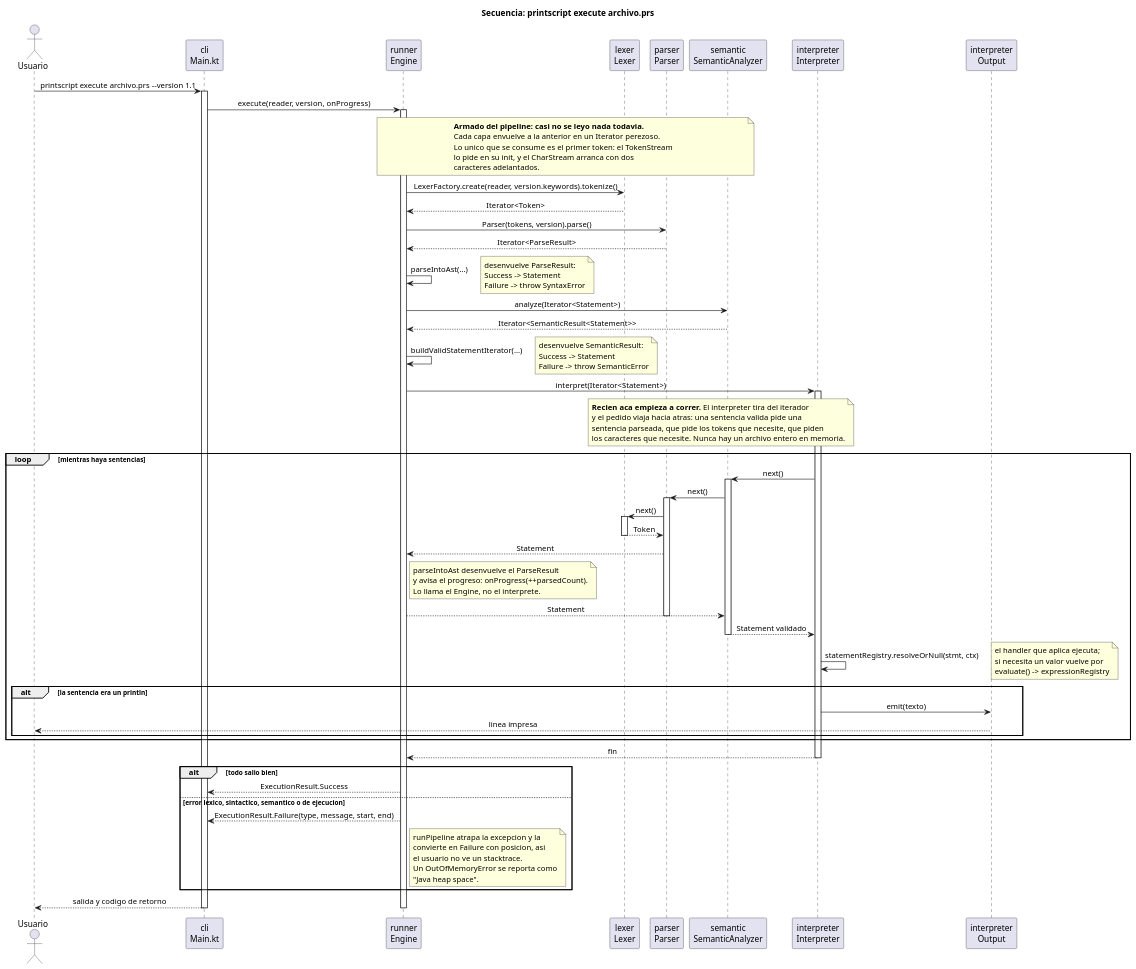
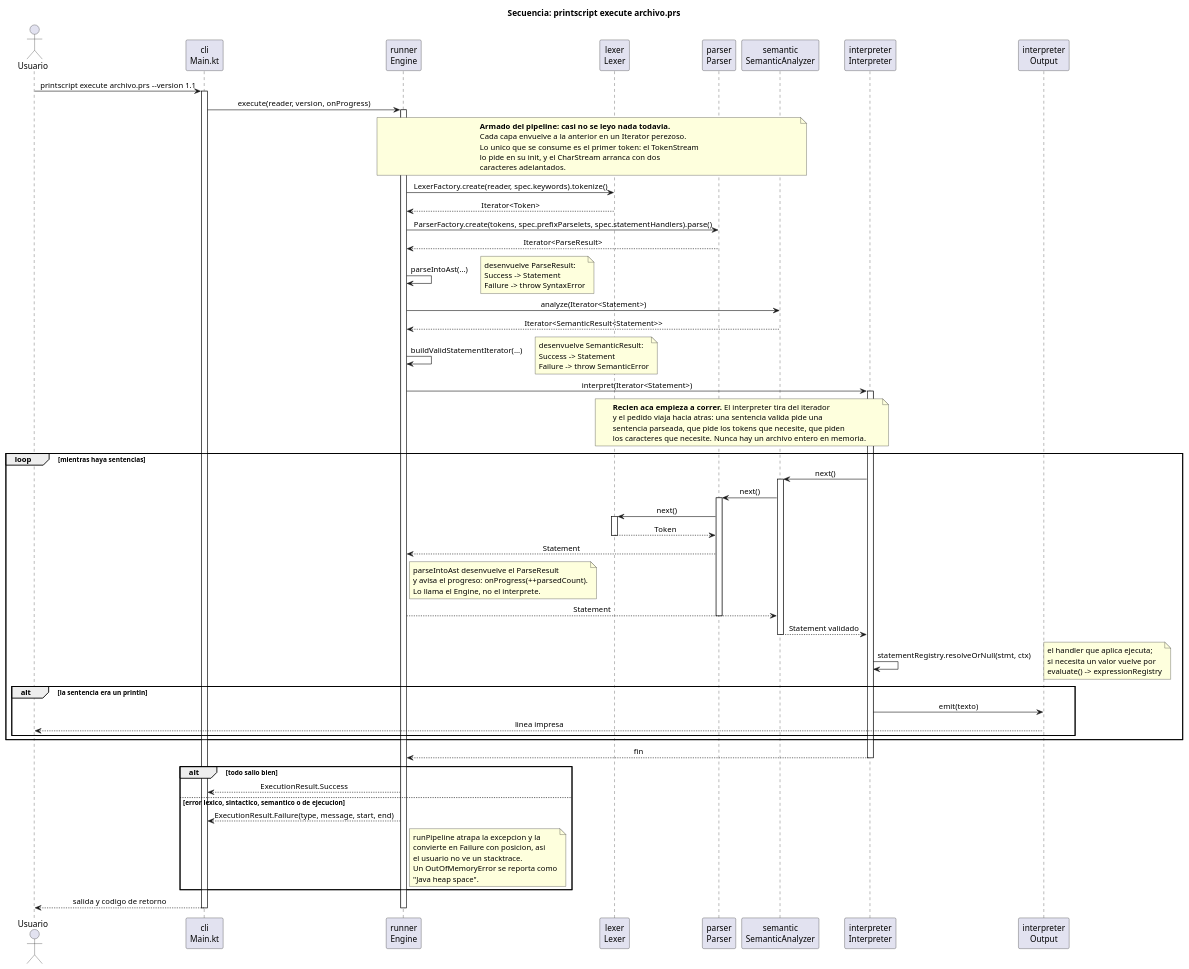
One commit to Ingsis-printscript-grupo3/printscript changed the diagram in docs/secuencia-ejecucion.puml. Above: the diagram before and after it, drawn with PlantUML. The commit also changed 26 other files, not shown here.

Commit message:
refactor:parser deja de conocer language version

```diff
--- a/docs/secuencia-ejecucion.puml
+++ b/docs/secuencia-ejecucion.puml
@@ -1,104 +1,104 @@
 @startuml PrintScript_Secuencia_Ejecucion
 
 title Secuencia: printscript execute archivo.prs
 
 skinparam sequenceMessageAlign center
 
 actor Usuario
 participant "cli\nMain.kt" as CLI
 participant "runner\nEngine" as ENGINE
 participant "lexer\nLexer" as LEXER
 participant "parser\nParser" as PARSER
 participant "semantic\nSemanticAnalyzer" as SEMANTIC
 participant "interpreter\nInterpreter" as INTERPRETER
 participant "interpreter\nOutput" as OUTPUT
 
 Usuario -> CLI : printscript execute archivo.prs --version 1.1
 activate CLI
 
 CLI -> ENGINE : execute(reader, version, onProgress)
 activate ENGINE
 
 note over ENGINE, SEMANTIC
   <b>Armado del pipeline: casi no se leyo nada todavia.</b>
   Cada capa envuelve a la anterior en un Iterator perezoso.
   Lo unico que se consume es el primer token: el TokenStream
   lo pide en su init, y el CharStream arranca con dos
   caracteres adelantados.
 end note
 
-ENGINE -> LEXER : LexerFactory.create(reader, version.keywords).tokenize()
+ENGINE -> LEXER : LexerFactory.create(reader, spec.keywords).tokenize()
 LEXER --> ENGINE : Iterator<Token>
 
-ENGINE -> PARSER : Parser(tokens, version).parse()
+ENGINE -> PARSER : ParserFactory.create(tokens, spec.prefixParselets, spec.statementHandlers).parse()
 PARSER --> ENGINE : Iterator<ParseResult>
 
 ENGINE -> ENGINE : parseIntoAst(...)
 note right: desenvuelve ParseResult:\nSuccess -> Statement\nFailure -> throw SyntaxError
 
 ENGINE -> SEMANTIC : analyze(Iterator<Statement>)
 SEMANTIC --> ENGINE : Iterator<SemanticResult<Statement>>
 
 ENGINE -> ENGINE : buildValidStatementIterator(...)
 note right: desenvuelve SemanticResult:\nSuccess -> Statement\nFailure -> throw SemanticError
 
 ENGINE -> INTERPRETER : interpret(Iterator<Statement>)
 activate INTERPRETER
 
 note over LEXER, INTERPRETER
   <b>Recien aca empieza a correr.</b> El interpreter tira del iterador
   y el pedido viaja hacia atras: una sentencia valida pide una
   sentencia parseada, que pide los tokens que necesite, que piden
   los caracteres que necesite. Nunca hay un archivo entero en memoria.
 end note
 
 loop mientras haya sentencias
   INTERPRETER -> SEMANTIC : next()
   activate SEMANTIC
   SEMANTIC -> PARSER : next()
   activate PARSER
   PARSER -> LEXER : next()
   activate LEXER
   LEXER --> PARSER : Token
   deactivate LEXER
   PARSER --> ENGINE : Statement
   note right of ENGINE
     parseIntoAst desenvuelve el ParseResult
     y avisa el progreso: onProgress(++parsedCount).
     Lo llama el Engine, no el interprete.
   end note
   ENGINE --> SEMANTIC : Statement
   deactivate PARSER
   SEMANTIC --> INTERPRETER : Statement validado
   deactivate SEMANTIC
 
   INTERPRETER -> INTERPRETER : statementRegistry.resolveOrNull(stmt, ctx)
   note right: el handler que aplica ejecuta;\nsi necesita un valor vuelve por\nevaluate() -> expressionRegistry
 
   alt la sentencia era un println
     INTERPRETER -> OUTPUT : emit(texto)
     OUTPUT --> Usuario : linea impresa
   end
 end
 
 INTERPRETER --> ENGINE : fin
 deactivate INTERPRETER
 
 alt todo salio bien
   ENGINE --> CLI : ExecutionResult.Success
 else error lexico, sintactico, semantico o de ejecucion
   ENGINE --> CLI : ExecutionResult.Failure(type, message, start, end)
   note right of ENGINE
     runPipeline atrapa la excepcion y la
     convierte en Failure con posicion, asi
     el usuario no ve un stacktrace.
     Un OutOfMemoryError se reporta como
     "Java heap space".
   end note
 end
 
 CLI --> Usuario : salida y codigo de retorno
 deactivate ENGINE
 deactivate CLI
 
 @enduml
```
